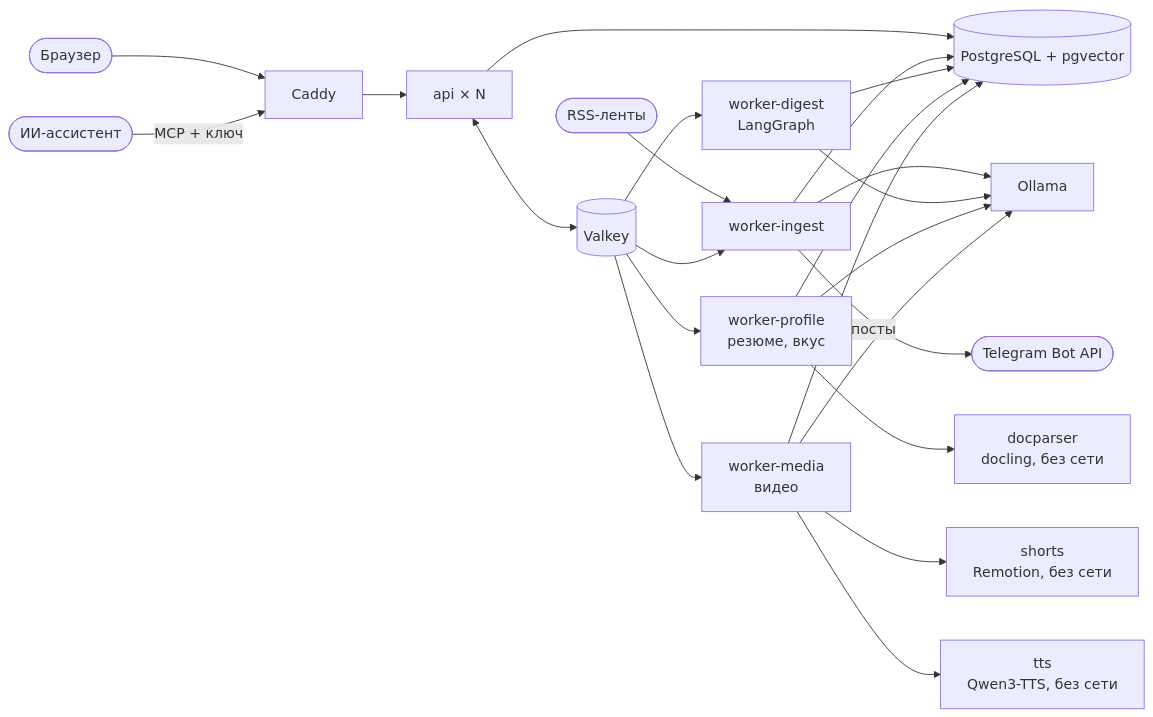
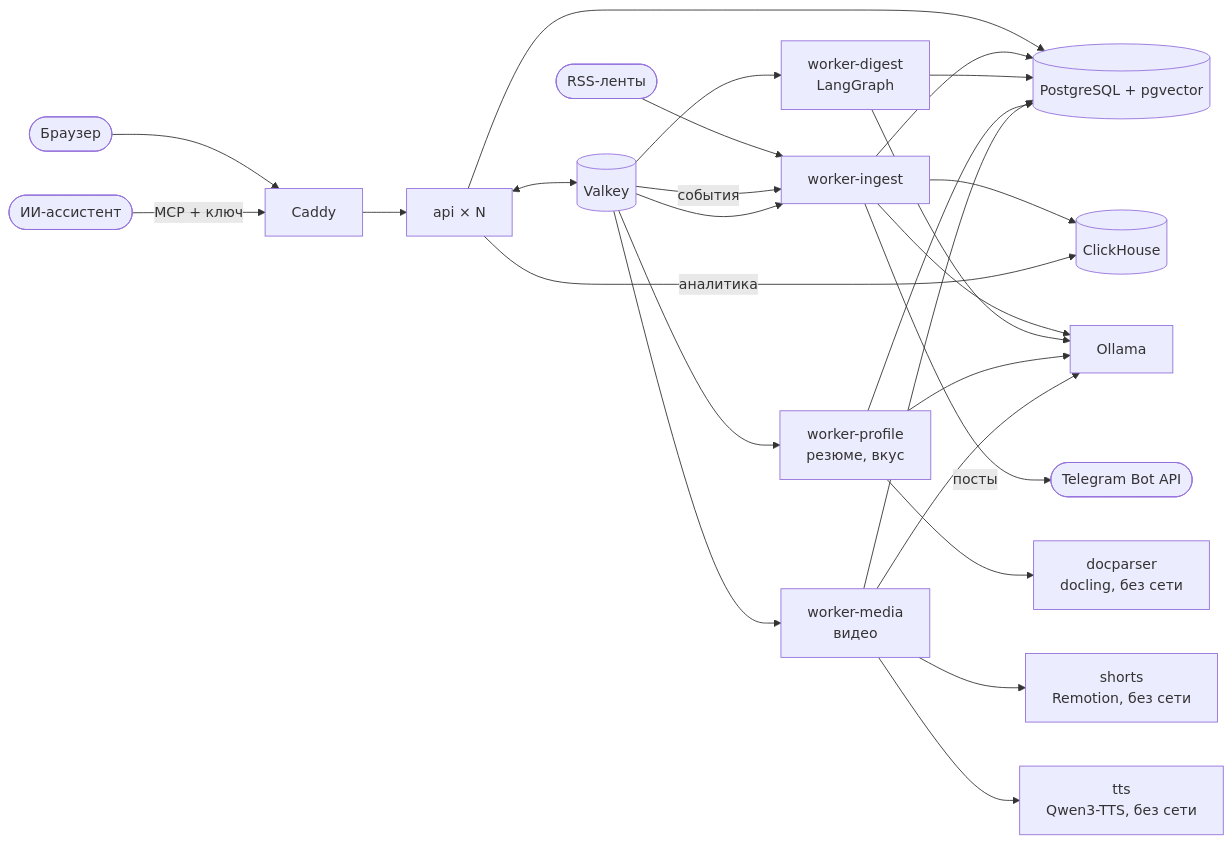
One commit to verikirill/scrap-and-grep changed the diagram in README.md. Above: the diagram before and after it, drawn with Mermaid. The commit also changed other lines of this file and 5 other files, not shown here.

````diff
--- a/README.md
+++ b/README.md
@@ -178,25 +191,28 @@
 ```mermaid
 flowchart LR
     feeds([RSS-ленты]) --> wi[worker-ingest]
     browser([Браузер]) --> web[Caddy]
     web --> api[api × N]
     api --> pg[(PostgreSQL + pgvector)]
     api <--> vk[(Valkey)]
+    vk -- события --> wi
+    wi --> ch[(ClickHouse)]
+    api -- аналитика --> ch
     vk --> wi
     vk --> wd[worker-digest<br/>LangGraph]
     vk --> wp[worker-profile<br/>резюме, вкус]
     wp --> dp[docparser<br/>docling, без сети]
     vk --> wm[worker-media<br/>видео]
     wm --> sh[shorts<br/>Remotion, без сети]
     wm --> tts[tts<br/>Qwen3-TTS, без сети]
     wi --> pg
     wd --> pg
     wp --> pg
     wm --> pg
     wi --> ollama[Ollama]
     wd --> ollama
     wp --> ollama
     wm --> ollama
     wi -- посты --> tg([Telegram Bot API])
     ai([ИИ-ассистент]) -- MCP + ключ --> web
 ```
````
